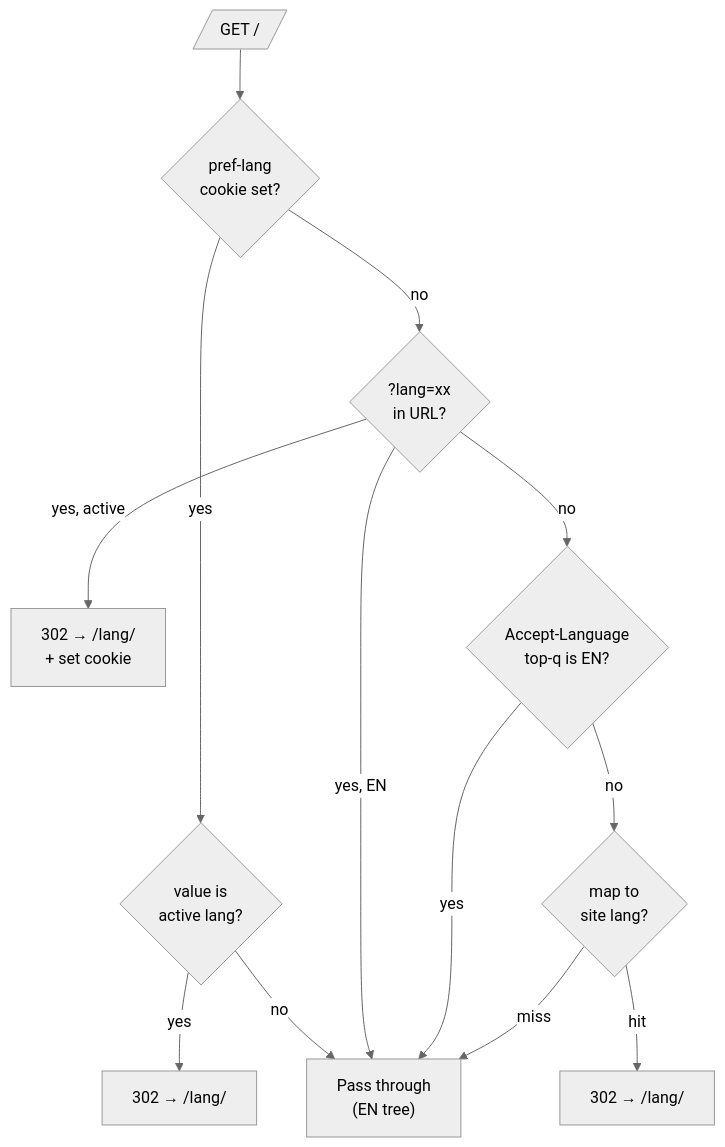
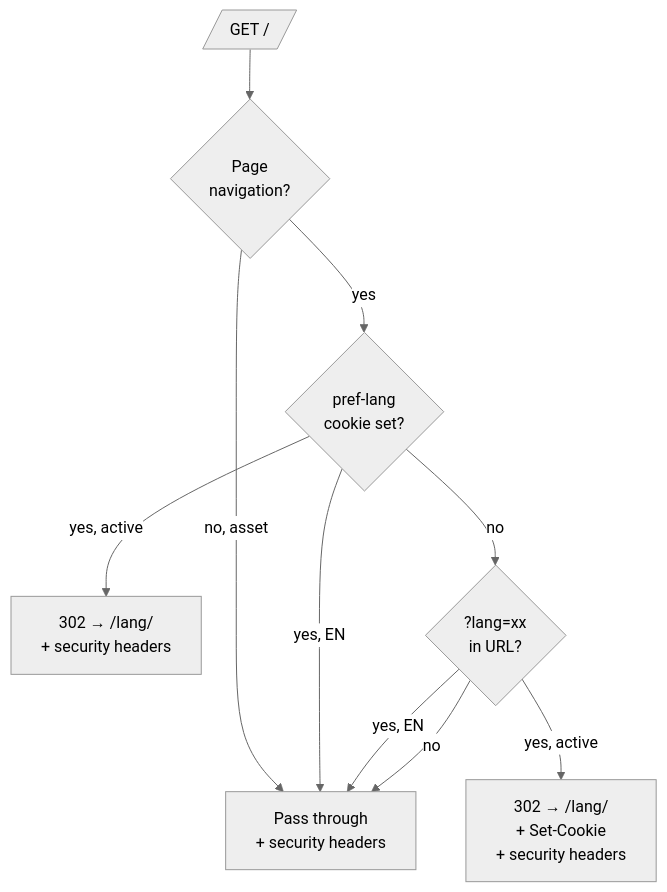
Before and after one commit to sebastienrousseau/sebastienrousseau.github.io: the fourth of 7 diagrams in README.md, drawn with Mermaid. The commit also changed other lines of this file and 1376 other files, not shown here.

````diff
--- a/README.md
+++ b/README.md
@@ -417,16 +422,13 @@
 ```mermaid
 %%{init: {'theme':'neutral'} }%%
 flowchart TD
- REQ[/"GET /"/] --> COOKIE{"pref-lang<br/>cookie set?"}
- COOKIE -->|yes| LANG_OK{"value is<br/>active lang?"}
- LANG_OK -->|yes| R1["302 → /lang/"]
- LANG_OK -->|no| PASS["Pass through<br/>(EN tree)"]
+ REQ[/"GET /"/] --> ASSET{"Page<br/>navigation?"}
+ ASSET -->|no, asset| PASS["Pass through<br/>+ security headers"]
+ ASSET -->|yes| COOKIE{"pref-lang<br/>cookie set?"}
+ COOKIE -->|yes, EN| PASS
+ COOKIE -->|yes, active| R1["302 → /lang/<br/>+ security headers"]
  COOKIE -->|no| QP{"?lang=xx<br/>in URL?"}
  QP -->|yes, EN| PASS
- QP -->|yes, active| R2["302 → /lang/<br/>+ set cookie"]
- QP -->|no| AL{"Accept-Language<br/>top-q is EN?"}
- AL -->|yes| PASS
- AL -->|no| MAP{"map to<br/>site lang?"}
- MAP -->|hit| R3["302 → /lang/"]
- MAP -->|miss| PASS
+ QP -->|yes, active| R2["302 → /lang/<br/>+ Set-Cookie<br/>+ security headers"]
+ QP -->|no| PASS
 ```
````
